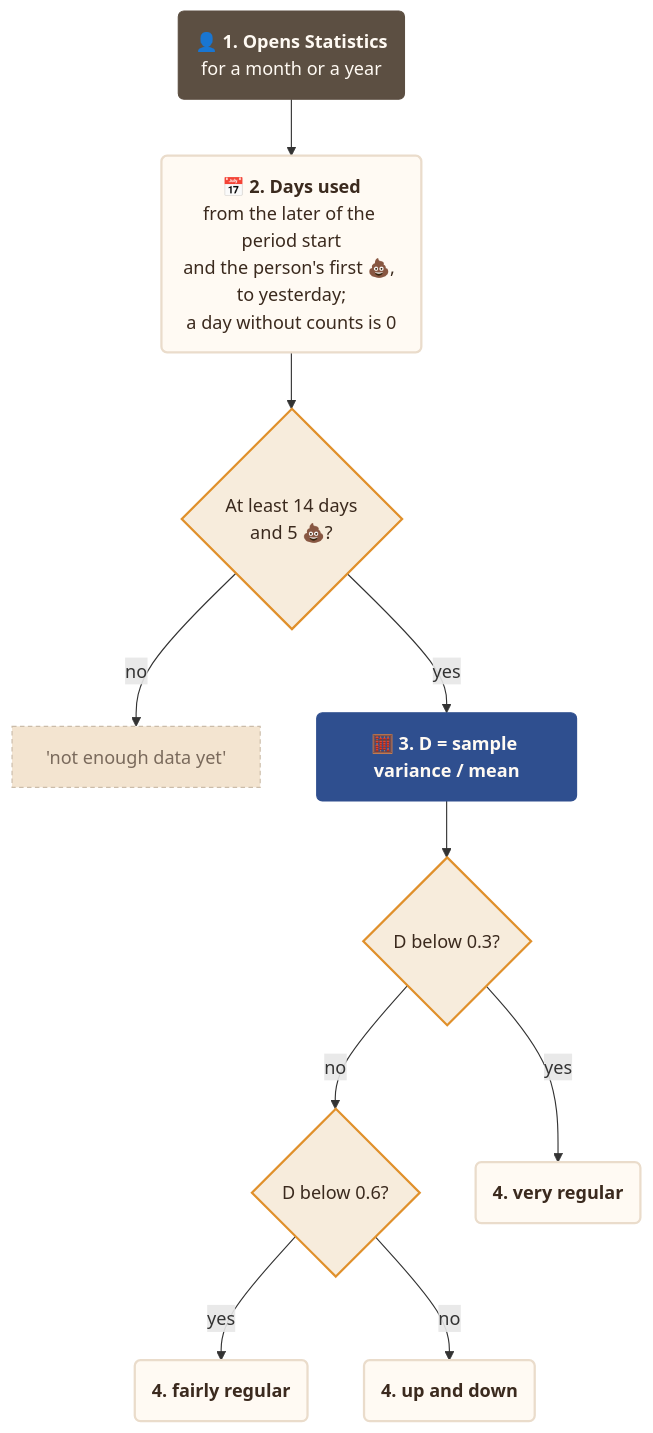
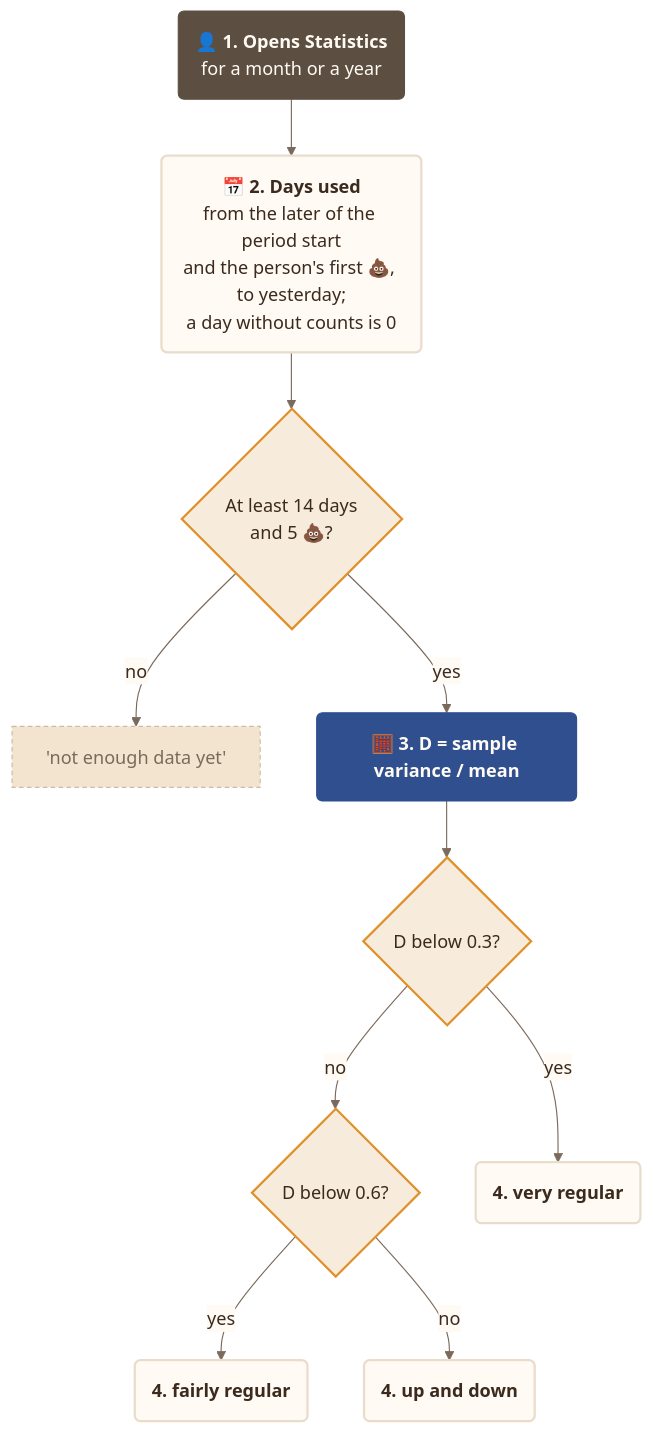
The second of 2 diagrams in docs/research/regularity_index.md (francescoperrino/Caccometro), drawn with Mermaid before and after one commit. The commit also changed other lines of this file and 14 other files, not shown here.

Commit message:
Give every Mermaid diagram one style from tools/mermaid_style.py, with a title and a description (#204)

````diff
--- a/docs/research/regularity_index.md
+++ b/docs/research/regularity_index.md
@@ -53,32 +84,63 @@
 ```mermaid
+---
+config:
+  theme: base
+  themeVariables:
+    fontFamily: "Nunito, Segoe UI, Roboto, sans-serif"
+    primaryColor: "#fffaf3"
+    primaryTextColor: "#3b2a1e"
+    primaryBorderColor: "#eadccb"
+    secondaryColor: "#f7ecdc"
+    tertiaryColor: "#f3e4d0"
+    lineColor: "#7a6a5c"
+    textColor: "#3b2a1e"
+    edgeLabelBackground: "#fffaf3"
+    clusterBkg: "#f3e4d0"
+    clusterBorder: "#cbbca9"
+    titleColor: "#5c4f42"
+    noteBkgColor: "#f7ecdc"
+    noteTextColor: "#3b2a1e"
+    actorBkg: "#fffaf3"
+    actorBorder: "#5c4f42"
+    actorTextColor: "#3b2a1e"
+    signalColor: "#7a6a5c"
+    signalTextColor: "#3b2a1e"
+    labelBoxBkgColor: "#f3e4d0"
+    loopTextColor: "#3b2a1e"
+    sequenceNumberColor: "#fffaf3"
+    xyChart:
+      plotColorPalette: "#2f4f8f"
+---
 flowchart TD
+    accTitle: How regularity is computed
+    accDescr: The days of the period are taken, too little data gives no label, otherwise the index of dispersion sets the label
     start("👤 <b>1. Opens Statistics</b><br/>for a month or a year")
     days("📅 <b>2. Days used</b><br/>from the later of the period start<br/>and the person's first 💩, to yesterday;<br/>a day without counts is 0")
     enough{"At least 14 days<br/>and 5 💩?"}
     few["'not enough data yet'"]
     d("🧮 <b>3. D = sample variance / mean</b>")
     low{"D below 0.3?"}
     mid{"D below 0.6?"}
     very("<b>4. very regular</b>")
     fair("<b>4. fairly regular</b>")
     waves("<b>4. up and down</b>")
     start --> days --> enough
     enough -->|"no"| few
     enough -->|"yes"| d --> low
     low -->|"yes"| very
     low -->|"no"| mid
     mid -->|"yes"| fair
     mid -->|"no"| waves
     classDef step fill:#fffaf3,stroke:#eadccb,stroke-width:2px,color:#3b2a1e
     classDef main fill:#2f4f8f,stroke:#2f4f8f,color:#fffaf3
     classDef person fill:#5c4f42,stroke:#5c4f42,color:#fffaf3
     classDef check fill:#f7ecdc,stroke:#e0902b,stroke-width:2px,color:#3b2a1e
     classDef detail fill:#f7ecdc,stroke:#eadccb,color:#3b2a1e
-    classDef alert fill:#e0902b,stroke:#e0902b,color:#fffaf3
+    classDef alert fill:#e0902b,stroke:#e0902b,color:#3b2a1e
     classDef stop fill:#f3e4d0,stroke:#cbbca9,stroke-dasharray:4 3,color:#7a6a5c
     class start person
     class days,very,fair,waves step
     class d main
     class enough,low,mid check
     class few stop
 ```
````
